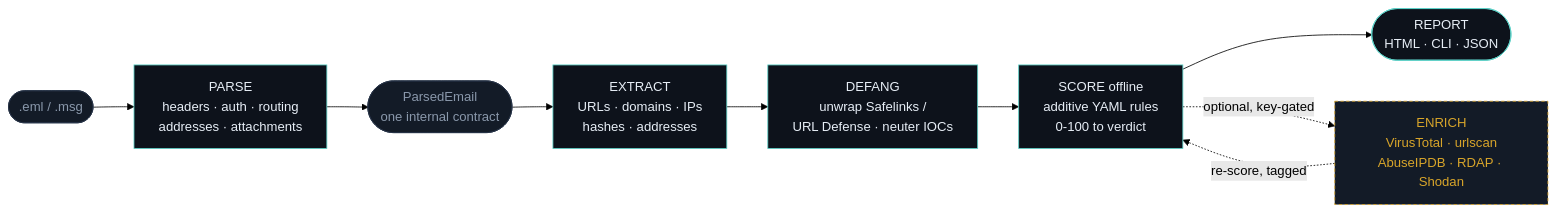
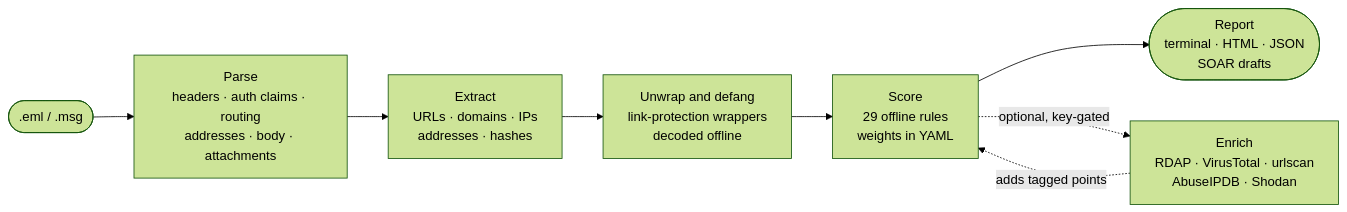
The diagram in README.md (NotACop38/PhishBowl), drawn with Mermaid (forest theme) before and after one commit. The commit also changed other lines of this file and 98 other files, not shown here.

````diff
--- a/README.md
+++ b/README.md
@@ -172,19 +115,10 @@
 ```mermaid
 flowchart LR
-    IN([".eml / .msg"]) --> P["PARSE<br/>headers · auth · routing<br/>addresses · attachments"]
-    P --> M(["ParsedEmail<br/>one internal contract"])
-    M --> X["EXTRACT<br/>URLs · domains · IPs<br/>hashes · addresses"]
-    X --> D["DEFANG<br/>unwrap Safelinks /<br/>URL Defense · neuter IOCs"]
-    D --> S["SCORE offline<br/>additive YAML rules<br/>0-100 to verdict"]
-    S --> R(["REPORT<br/>HTML · CLI · JSON"])
-
-    S -.->|optional, key-gated| E["ENRICH<br/>VirusTotal · urlscan<br/>AbuseIPDB · RDAP · Shodan"]
-    E -.->|re-score, tagged| S
-
-    classDef core fill:#0d121b,stroke:#5ed3c9,stroke-width:1px,color:#e7eef6;
-    classDef io fill:#131b27,stroke:#243044,color:#8a98ab;
-    classDef opt fill:#131b27,stroke:#d8a52a,stroke-dasharray:4 3,color:#d8a52a;
-    class P,X,D,S,R core;
-    class IN,M io;
-    class E opt;
+    IN([".eml / .msg"]) --> P["Parse<br/>headers · auth claims · routing<br/>addresses · body · attachments"]
+    P --> X["Extract<br/>URLs · domains · IPs<br/>addresses · hashes"]
+    X --> D["Unwrap and defang<br/>link-protection wrappers<br/>decoded offline"]
+    D --> S["Score<br/>29 offline rules<br/>weights in YAML"]
+    S --> R(["Report<br/>terminal · HTML · JSON<br/>SOAR drafts"])
+    S -.->|optional, key-gated| E["Enrich<br/>RDAP · VirusTotal · urlscan<br/>AbuseIPDB · Shodan"]
+    E -.->|adds tagged points| S
 ```
````
